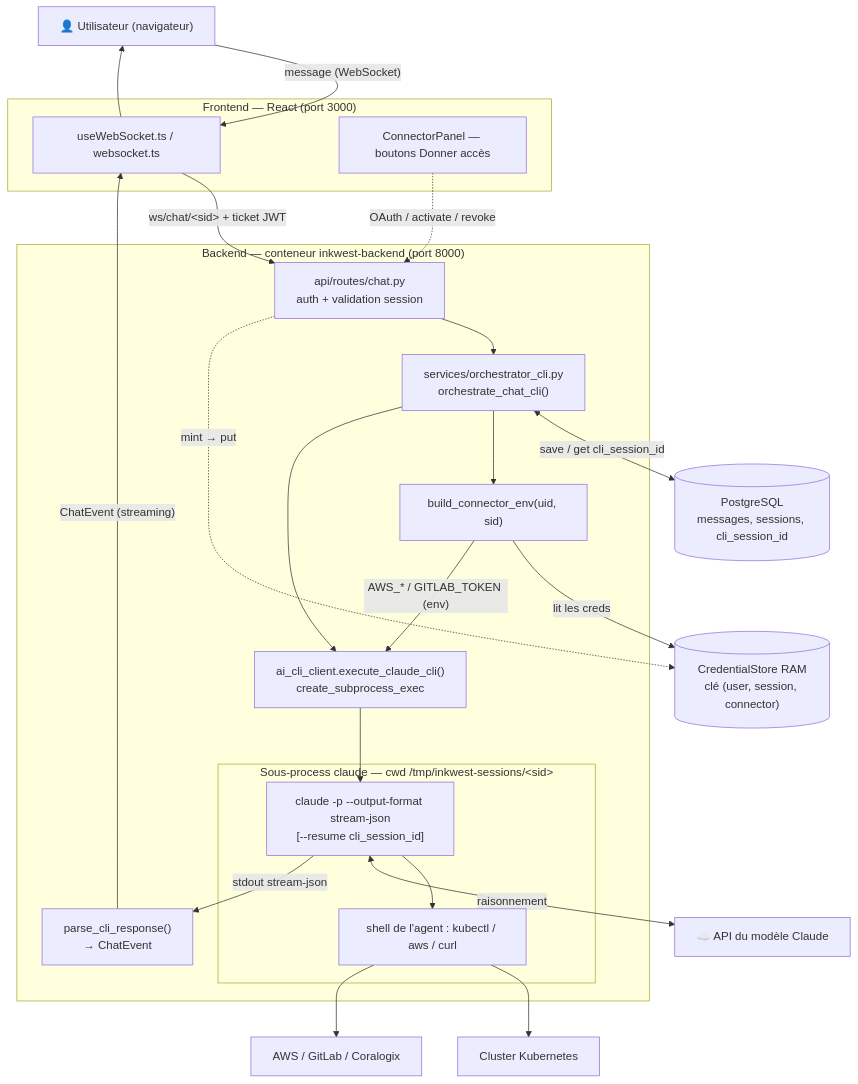
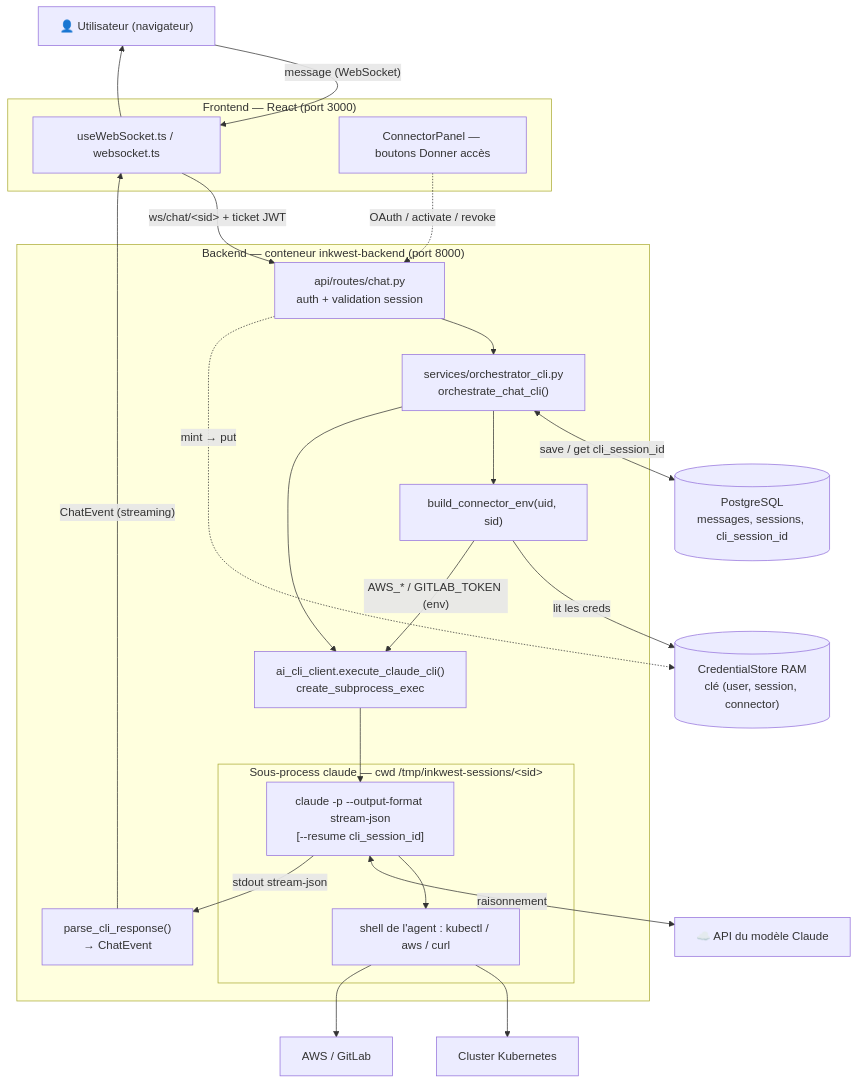
One commit to inkwest/inkwest changed the first of 4 diagrams in docs/ARCHITECTURE_FLOW.md. Above: the diagram before and after it, drawn with Mermaid. The commit also changed other lines of this file and 24 other files, not shown here.

````diff
--- a/docs/ARCHITECTURE_FLOW.md
+++ b/docs/ARCHITECTURE_FLOW.md
@@ -9,47 +9,47 @@
 ```mermaid
 flowchart TD
     U["👤 Utilisateur (navigateur)"]
 
     subgraph FE["Frontend — React (port 3000)"]
       WSHOOK["useWebSocket.ts / websocket.ts"]
       PANEL["ConnectorPanel — boutons Donner accès"]
     end
 
     subgraph BE["Backend — conteneur inkwest-backend (port 8000)"]
       CHAT["api/routes/chat.py<br/>auth + validation session"]
       ORCH["services/orchestrator_cli.py<br/>orchestrate_chat_cli()"]
       ENVB["build_connector_env(uid, sid)"]
       CLI["ai_cli_client.execute_claude_cli()<br/>create_subprocess_exec"]
       PARSE["parse_cli_response()<br/>→ ChatEvent"]
       subgraph SUB["Sous-process claude — cwd /tmp/inkwest-sessions/&lt;sid&gt;"]
         CLAUDE["claude -p --output-format stream-json<br/>[--resume cli_session_id]"]
         SHELL["shell de l'agent : kubectl / aws / curl"]
       end
     end
 
     STORE[("CredentialStore RAM<br/>clé (user, session, connector)")]
     DB[("PostgreSQL<br/>messages, sessions, cli_session_id")]
     MODEL["☁️ API du modèle Claude"]
     K8S["Cluster Kubernetes"]
-    EXT["AWS / GitLab / Coralogix"]
+    EXT["AWS / GitLab"]
 
     U -->|"message (WebSocket)"| WSHOOK
     WSHOOK -->|"ws/chat/&lt;sid&gt; + ticket JWT"| CHAT
     CHAT --> ORCH
     ORCH <-->|"save / get cli_session_id"| DB
     ORCH --> ENVB
     ENVB -->|"lit les creds"| STORE
     ENVB -->|"AWS_* / GITLAB_TOKEN (env)"| CLI
     ORCH --> CLI
     CLI --> CLAUDE
     CLAUDE --> SHELL
     SHELL --> K8S
     SHELL --> EXT
     CLAUDE <-->|"raisonnement"| MODEL
     CLAUDE -->|"stdout stream-json"| PARSE
     PARSE -->|"ChatEvent (streaming)"| WSHOOK
     WSHOOK --> U
 
     PANEL -.->|"OAuth / activate / revoke"| CHAT
     CHAT -.->|"mint → put"| STORE
 ```
````
